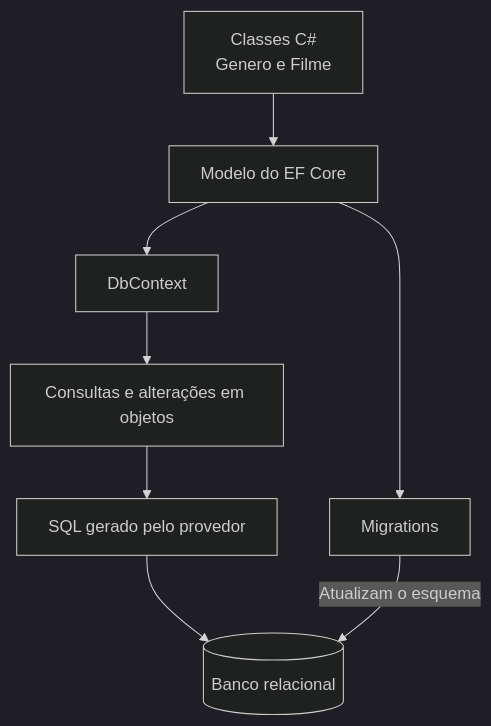
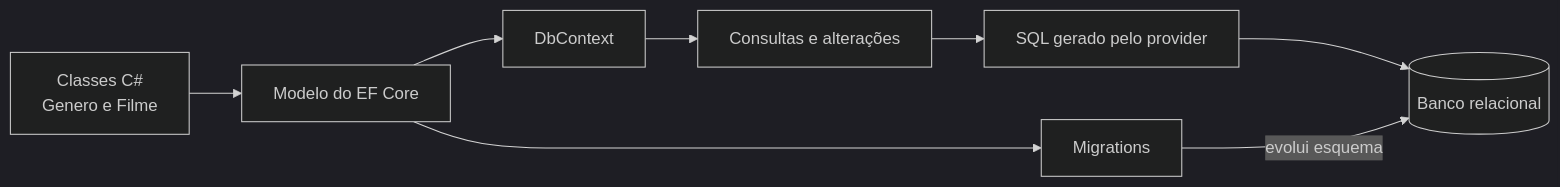
Before and after one commit to leorruas/puc: the third of 4 diagrams in 05. Desenvolvimento Web Back-End/05. Frameworks Web, MVC e mapeamento objeto-relacional.md, drawn with Mermaid (dark theme). The commit also changed other lines of this file, not shown here.

Commit message:
Normaliza Mermaid de MVC e Entity Framework Core

````diff
--- a/05. Desenvolvimento Web Back-End/05. Frameworks Web, MVC e mapeamento objeto-relacional.md
+++ b/05. Desenvolvimento Web Back-End/05. Frameworks Web, MVC e mapeamento objeto-relacional.md
@@ -729,10 +727,18 @@
 ```mermaid
-flowchart TD
-    C["Classes C#<br>Genero e Filme"] --> M["Modelo do EF Core"]
-    M --> CTX["DbContext"]
-    CTX --> Q["Consultas e alterações em objetos"]
-    Q --> SQL["SQL gerado pelo provedor"]
-    SQL --> DB[("Banco relacional")]
-    M --> MIG["Migrations"]
-    MIG -->|"Atualizam o esquema"| DB
+flowchart LR
+    Classes["Classes C#<br>Genero e Filme"]:::component
+    Modelo["Modelo do EF Core"]:::core
+    Contexto["DbContext"]:::component
+    Operacoes["Consultas e alterações"]:::component
+    SQL["SQL gerado pelo provider"]:::data
+    Banco[("Banco relacional")]:::data
+    Migration["Migrations"]:::external
+
+    Classes --> Modelo
+    Modelo --> Contexto
+    Contexto --> Operacoes
+    Operacoes --> SQL
+    SQL --> Banco
+    Modelo --> Migration
+    Migration -->|"evolui esquema"| Banco
 ```
````
